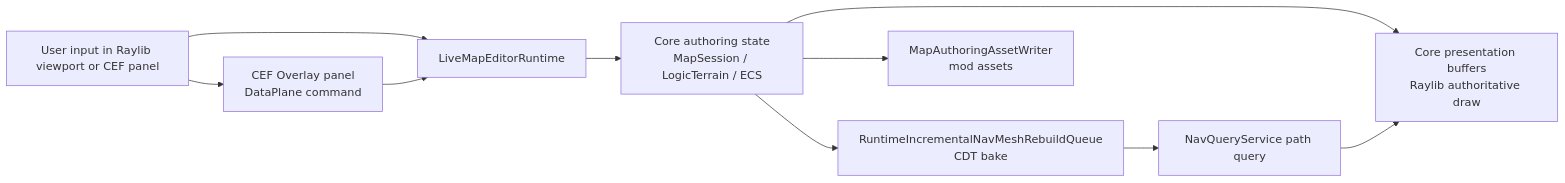
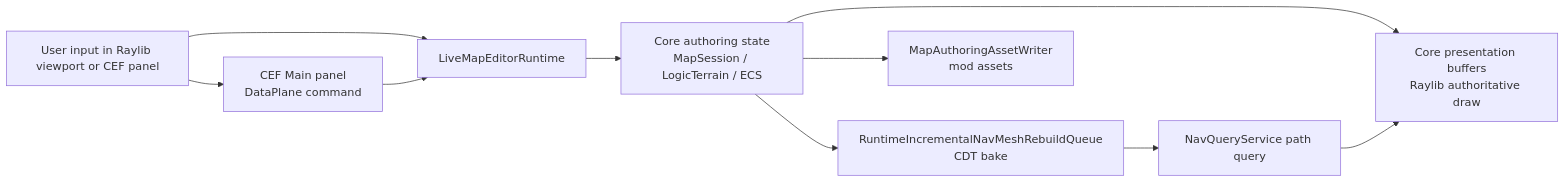
Before and after one commit to MightyBubble/Ludots: the diagram in gitbook/architecture/live-map-editor-architecture.md, drawn with Mermaid. The commit also changed other lines of this file and 71 other files, not shown here.

````diff
--- a/gitbook/architecture/live-map-editor-architecture.md
+++ b/gitbook/architecture/live-map-editor-architecture.md
@@ -77,21 +112,21 @@
 ```mermaid
 flowchart LR
     User["User input in Raylib viewport or CEF panel"]
-    Panel["CEF Overlay panel<br/>DataPlane command"]
+    Panel["CEF Main panel<br/>DataPlane command"]
     Runtime["LiveMapEditorRuntime"]
     Core["Core authoring state<br/>MapSession / LogicTerrain / ECS"]
     Presentation["Core presentation buffers<br/>Raylib authoritative draw"]
     Nav["RuntimeIncrementalNavMeshRebuildQueue<br/>CDT bake"]
     Query["NavQueryService path query"]
     Save["MapAuthoringAssetWriter<br/>mod assets"]
 
     User --> Panel
     User --> Runtime
     Panel --> Runtime
     Runtime --> Core
     Core --> Presentation
     Core --> Nav
     Nav --> Query
     Query --> Presentation
     Core --> Save
 ```
````
